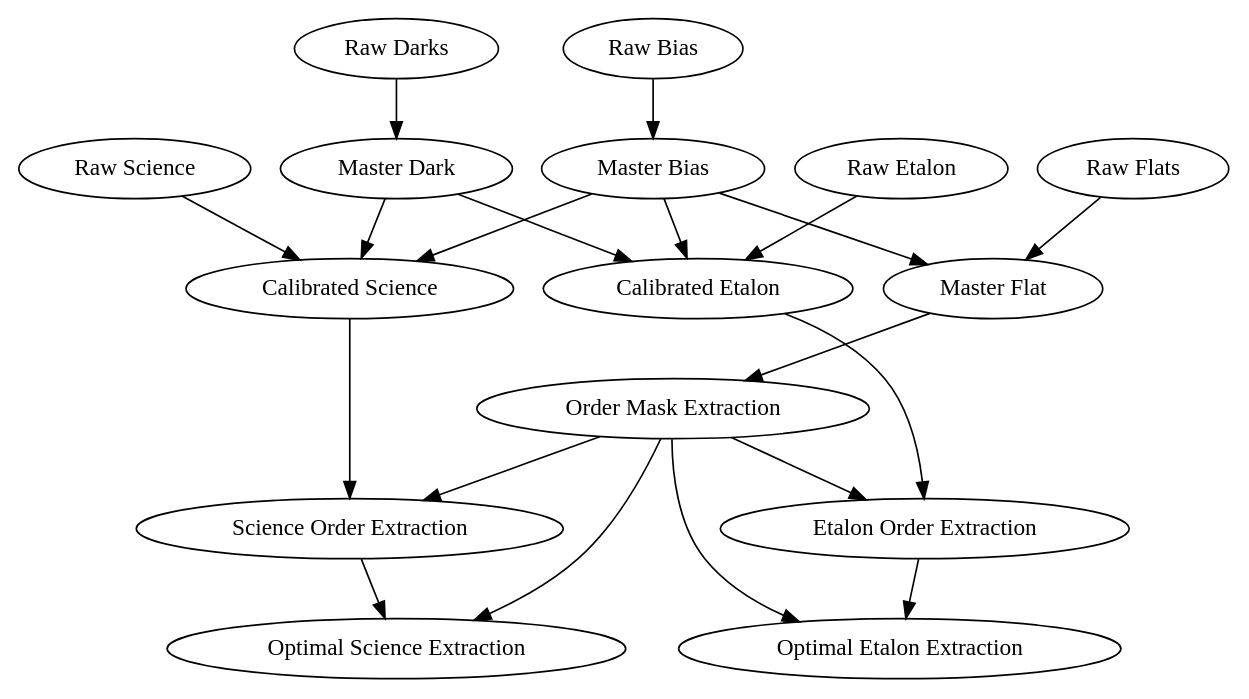
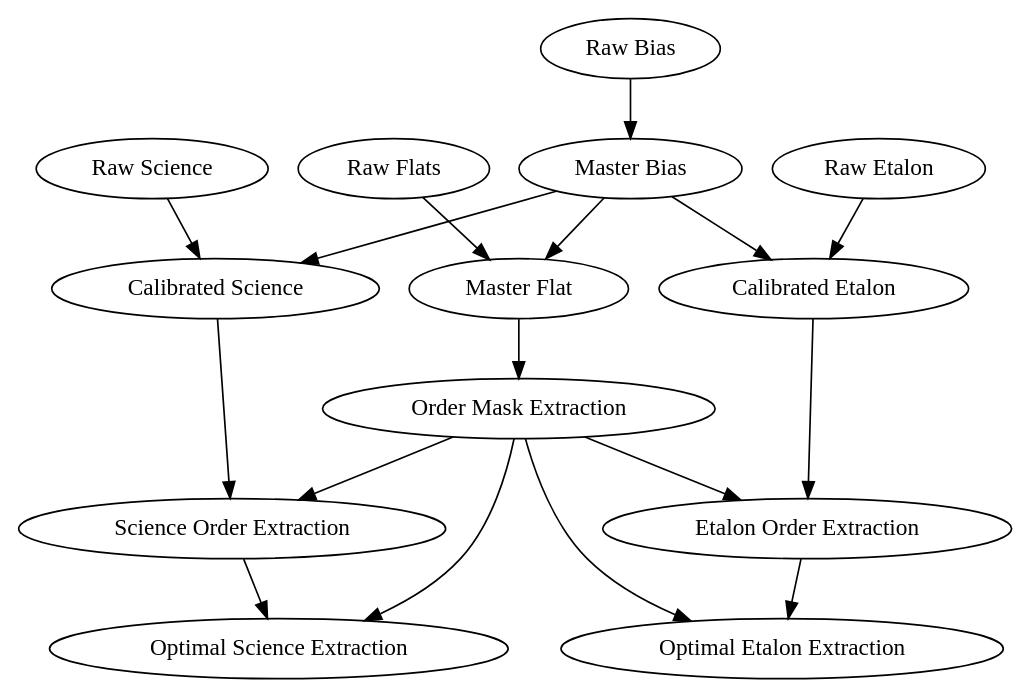
One commit to IvS-KULeuven/MARVELpipeline changed the diagram in Docs/Images/makeImage.org. Above: the diagram before and after it, drawn with Graphviz. The commit also changed 5 other files, not shown here.

```diff
--- a/Docs/Images/makeImage.org
+++ b/Docs/Images/makeImage.org
@@ -18,23 +18,20 @@
 #+BEGIN_SRC dot :file whole_pipeline_file.png :cmdline -Kdot -Tpng
   digraph G {
     "Raw Bias" -> "Master Bias";
     "Raw Flats" -> "Master Flat";
-    "Raw Darks" -> "Master Dark";
     "Master Bias" -> "Master Flat";
     "Master Bias" -> "Calibrated Etalon";
-    "Master Dark" -> "Calibrated Science";
-    "Master Dark" -> "Calibrated Etalon";
-    "Master Flat" -> "Order Mask Extraction";    
+    "Master Flat" -> "Order Mask Extraction";
     "Master Bias" -> "Calibrated Science";
     "Raw Science" -> "Calibrated Science";
     "Raw Etalon" -> "Calibrated Etalon";
     "Order Mask Extraction" -> "Science Order Extraction";
     "Order Mask Extraction" -> "Etalon Order Extraction";
-    "Order Mask Extraction" -> "Optimal Science Extraction";        
+    "Order Mask Extraction" -> "Optimal Science Extraction";
     "Calibrated Science" -> "Science Order Extraction";
     "Calibrated Etalon" -> "Etalon Order Extraction";
     "Science Order Extraction" -> "Optimal Science Extraction";
     "Etalon Order Extraction" -> "Optimal Etalon Extraction";
-    "Order Mask Extraction" -> "Optimal Etalon Extraction";            
+    "Order Mask Extraction" -> "Optimal Etalon Extraction";
     }
 #+END_SRC
```
